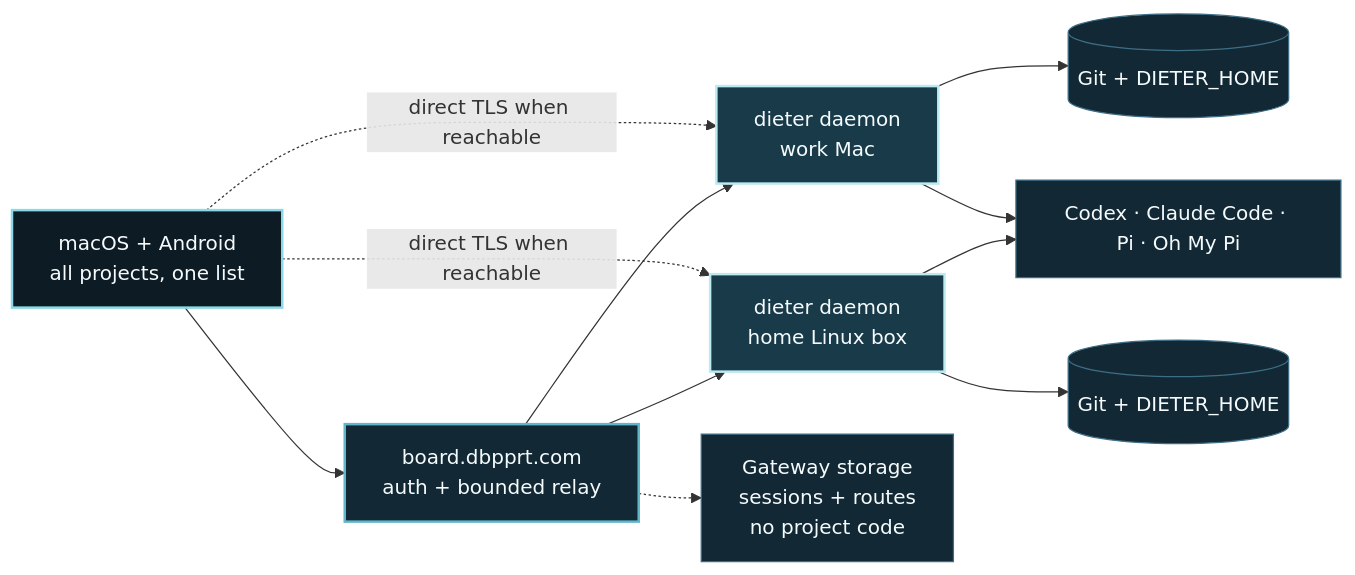
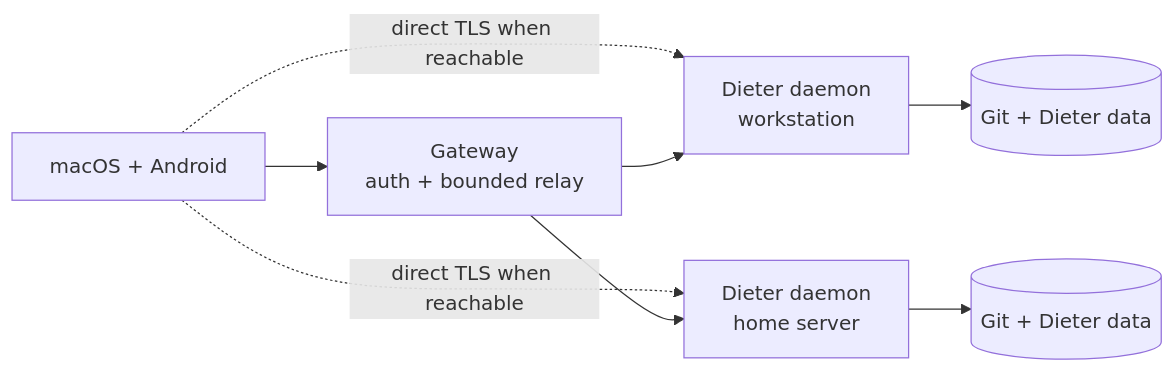
Before and after one commit to dbpprt/dieter: the diagram in README.md, drawn with Mermaid. The commit also changed other lines of this file and 5 other files, not shown here.

````diff
--- a/README.md
+++ b/README.md
@@ -118,32 +92,17 @@
 ```mermaid
 flowchart LR
-    apps["macOS + Android<br/>all projects, one list"]
-    gateway["board.dbpprt.com<br/>auth + bounded relay"]
-    a["dieter daemon<br/>work Mac"]
-    b["dieter daemon<br/>home Linux box"]
-    dataA[("Git + DIETER_HOME")]
-    dataB[("Git + DIETER_HOME")]
-    agents["Codex · Claude Code · Pi · Oh My Pi"]
-    nope["Gateway storage<br/>sessions + routes<br/>no project code"]
+    clients["macOS + Android"]
+    gateway["Gateway<br/>auth + bounded relay"]
+    work["Dieter daemon<br/>workstation"]
+    home["Dieter daemon<br/>home server"]
+    workData[("Git + Dieter data")]
+    homeData[("Git + Dieter data")]
 
-    apps --> gateway
-    apps -. "direct TLS when reachable" .-> a
-    apps -. "direct TLS when reachable" .-> b
-    gateway --> a
-    gateway --> b
-    gateway -.-> nope
-    a --> dataA
-    b --> dataB
-    a --> agents
-    b --> agents
-
-    classDef app fill:#0D1B24,stroke:#8DD8E8,stroke-width:2px,color:#F5FBFD;
-    classDef route fill:#122834,stroke:#62B6CB,stroke-width:2px,color:#F5FBFD;
-    classDef daemon fill:#193A49,stroke:#BCEAF1,stroke-width:2px,color:#F5FBFD;
-    classDef data fill:#122834,stroke:#3D6E85,color:#F5FBFD;
-
-    class apps app;
-    class gateway route;
-    class a,b daemon;
-    class dataA,dataB,agents,nope data;
+    clients --> gateway
+    clients -. "direct TLS when reachable" .-> work
+    clients -. "direct TLS when reachable" .-> home
+    gateway --> work
+    gateway --> home
+    work --> workData
+    home --> homeData
 ```
````
